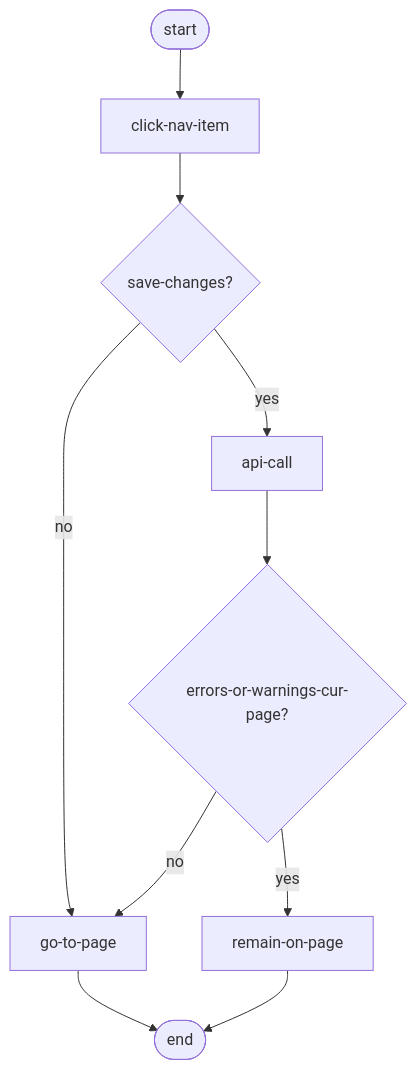
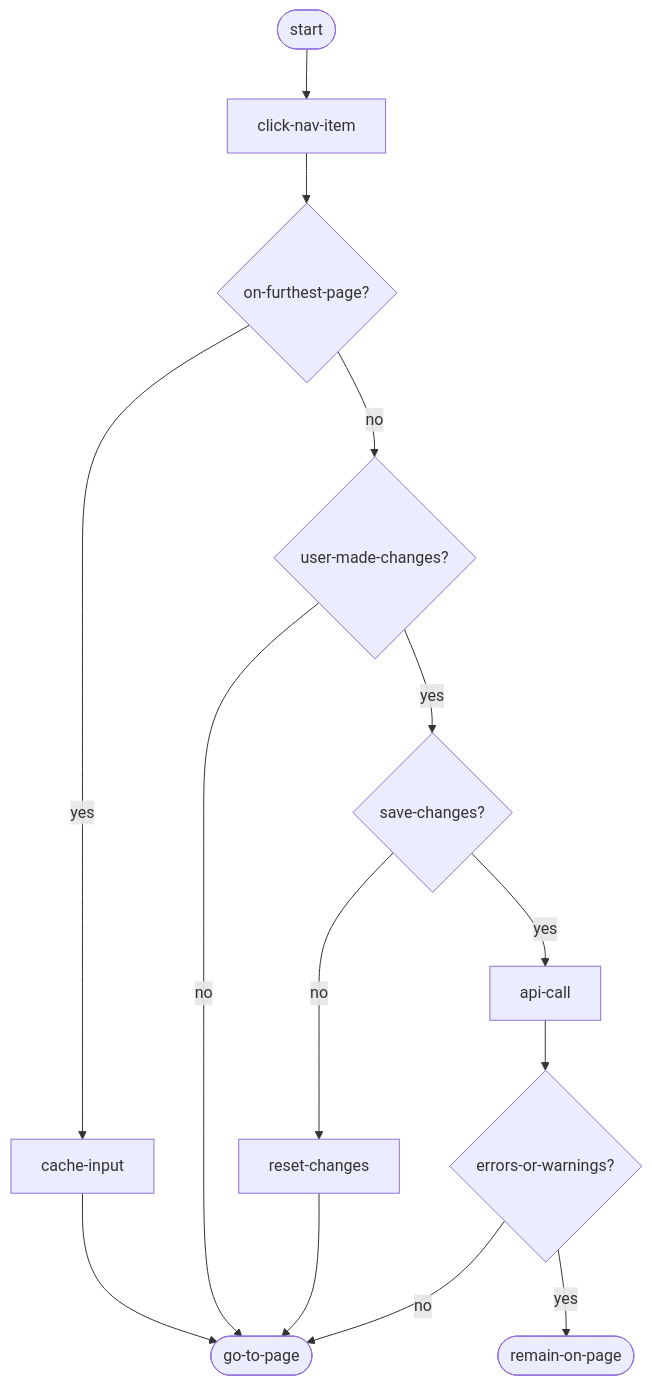
The fourth of 4 diagrams in documentatie/flowcharts/date-entry-page.md (kiesraad/abacus), drawn with Mermaid before and after one commit.

Commit message:
updates click nav item flowchart based on comments

````diff
--- a/documentatie/flowcharts/date-entry-page.md
+++ b/documentatie/flowcharts/date-entry-page.md
@@ -142,26 +142,35 @@
 ```mermaid
 flowchart TD
-    %% elements
+    %% start and end
     flow-start([start])
-    flow-end([end])
 
+    go-to-page([go-to-page])
+    remain-on-page([remain-on-page])
+
+    %% steps
     click-nav-item
+    on-furthest-page{on-furthest-page?}
+    user-made-changes{user-made-changes?}
     save-changes{save-changes?}
-    go-to-page
-    remain-on-page
     api-call
-
-    errors-or-warnings-cur-page{errors-or-warnings-cur-page?}
+    cache-input
+    reset-changes
+    errors-or-warnings{errors-or-warnings?}
 
     %% flow
     flow-start --> click-nav-item
-    click-nav-item --> save-changes
-    save-changes -- no --> go-to-page
+    click-nav-item --> on-furthest-page
+    on-furthest-page -- yes --> cache-input
+    cache-input --> go-to-page
+
+    on-furthest-page -- no --> user-made-changes
+    user-made-changes -- no --> go-to-page
+    user-made-changes -- yes --> save-changes
+    save-changes -- no --> reset-changes
+    reset-changes --> go-to-page
     save-changes -- yes --> api-call
-    api-call --> errors-or-warnings-cur-page
-    errors-or-warnings-cur-page -- no --> go-to-page
-    errors-or-warnings-cur-page -- yes --> remain-on-page
+    api-call --> errors-or-warnings
+    errors-or-warnings -- no --> go-to-page
+    errors-or-warnings -- yes --> remain-on-page
 
-    go-to-page --> flow-end
-    remain-on-page --> flow-end
 ```
````
